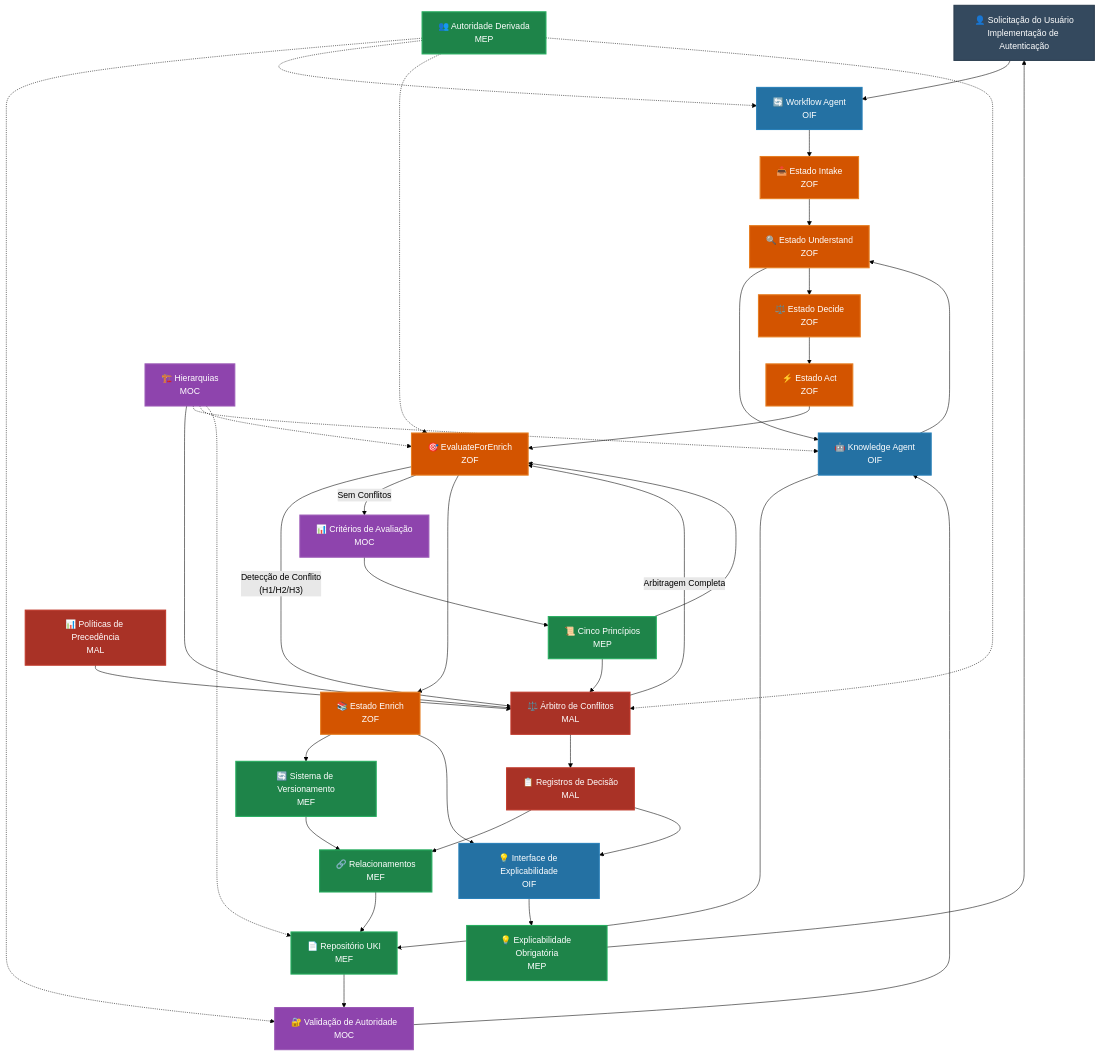
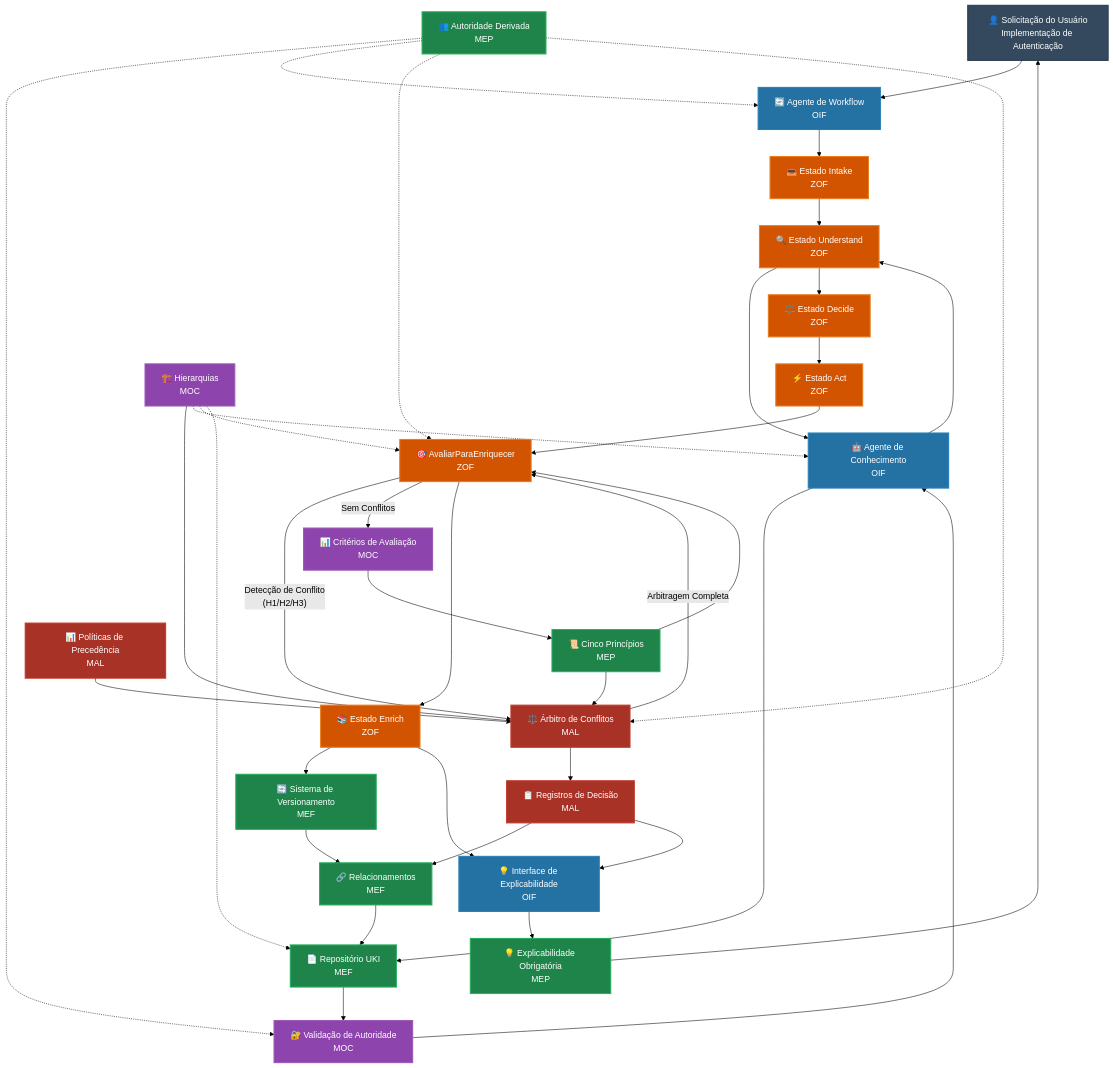
Before and after one commit to casheiro/matrix-protocol: the diagram in content/pt/docs/integration.md, drawn with Mermaid (forest theme). The commit also changed other lines of this file and 5 other files, not shown here.

```diff
--- a/content/pt/docs/integration.md
+++ b/content/pt/docs/integration.md
@@ -97,8 +97,8 @@
     User["👤 Solicitação do Usuário<br/>Implementação de Autenticação"]
     
     %% Camada OIF - Arquétipos de Inteligência
-    OIF_KA["🤖 Knowledge Agent<br/>OIF"]
-    OIF_WA["🔄 Workflow Agent<br/>OIF"]
+    OIF_KA["🤖 Agente de Conhecimento<br/>OIF"]
+    OIF_WA["🔄 Agente de Workflow<br/>OIF"]
     OIF_EXP["💡 Interface de Explicabilidade<br/>OIF"]
     
     %% Camada ZOF - Orquestração de Workflow  
@@ -106,7 +106,7 @@
     ZOF_UND["🔍 Estado Understand<br/>ZOF"]
     ZOF_DEC["⚖️ Estado Decide<br/>ZOF"]
     ZOF_ACT["⚡ Estado Act<br/>ZOF"]
-    ZOF_EVL["🎯 EvaluateForEnrich<br/>ZOF"]
+    ZOF_EVL["🎯 AvaliarParaEnriquecer<br/>ZOF"]
     ZOF_ENR["📚 Estado Enrich<br/>ZOF"]
     
     %% Camada MEF - Estrutura de Conhecimento
```
